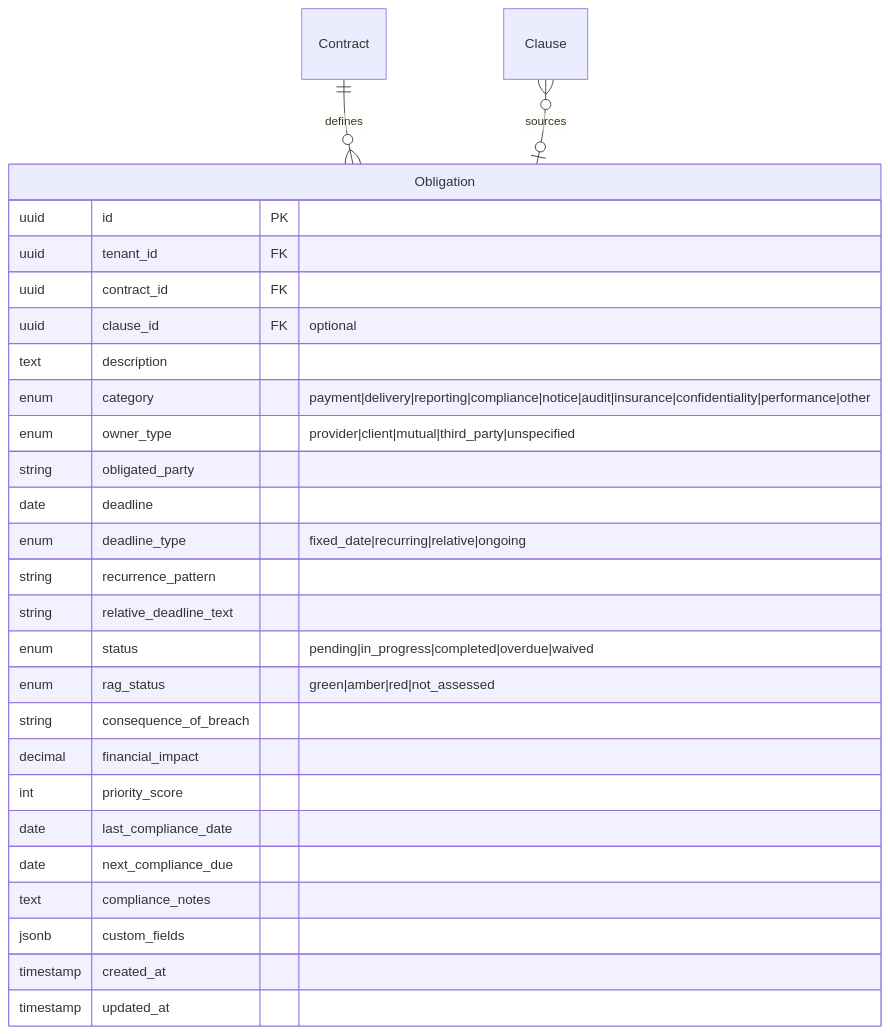
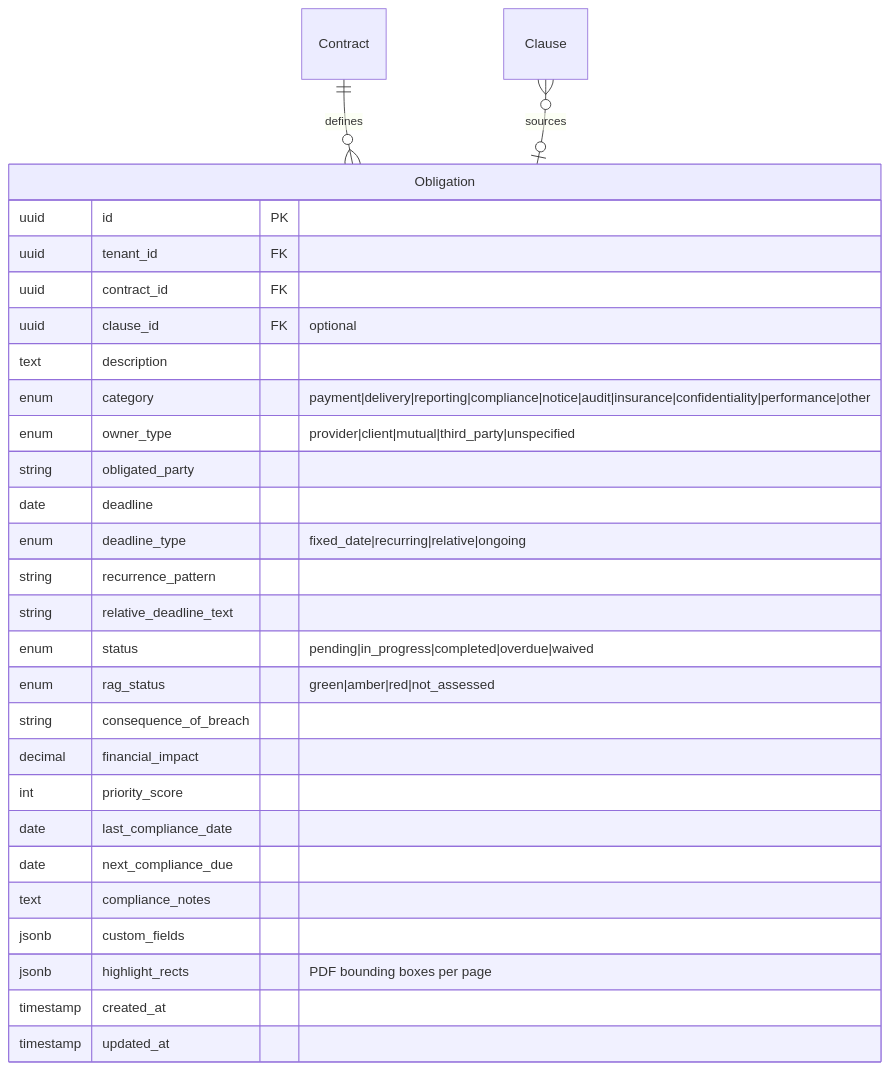
One commit to jjayarajdev/clm-evaluetor changed the tenth of 59 diagrams in docs/DATA_MODEL.md. Above: the diagram before and after it, drawn with Mermaid. The commit also changed other lines of this file and 65 other files, not shown here.

````diff
--- a/docs/DATA_MODEL.md
+++ b/docs/DATA_MODEL.md
@@ -438,31 +444,32 @@
 ```mermaid
 erDiagram
     Contract ||--o{ Obligation : "defines"
     Clause }o--o| Obligation : "sources"
 
     Obligation {
         uuid id PK
         uuid tenant_id FK
         uuid contract_id FK
         uuid clause_id FK "optional"
         text description
         enum category "payment|delivery|reporting|compliance|notice|audit|insurance|confidentiality|performance|other"
         enum owner_type "provider|client|mutual|third_party|unspecified"
         string obligated_party
         date deadline
         enum deadline_type "fixed_date|recurring|relative|ongoing"
         string recurrence_pattern
         string relative_deadline_text
         enum status "pending|in_progress|completed|overdue|waived"
         enum rag_status "green|amber|red|not_assessed"
         string consequence_of_breach
         decimal financial_impact
         int priority_score
         date last_compliance_date
         date next_compliance_due
         text compliance_notes
         jsonb custom_fields
+        jsonb highlight_rects "PDF bounding boxes per page"
         timestamp created_at
         timestamp updated_at
     }
 ```
````
